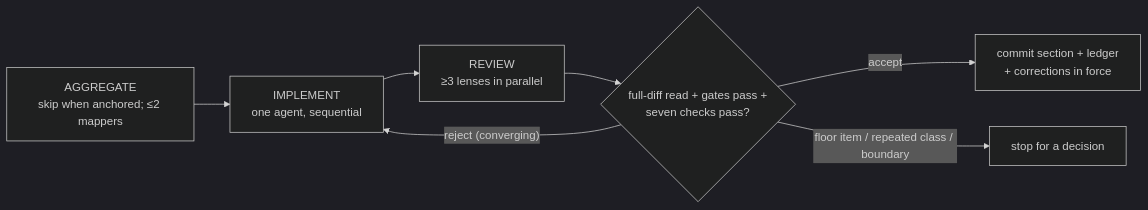
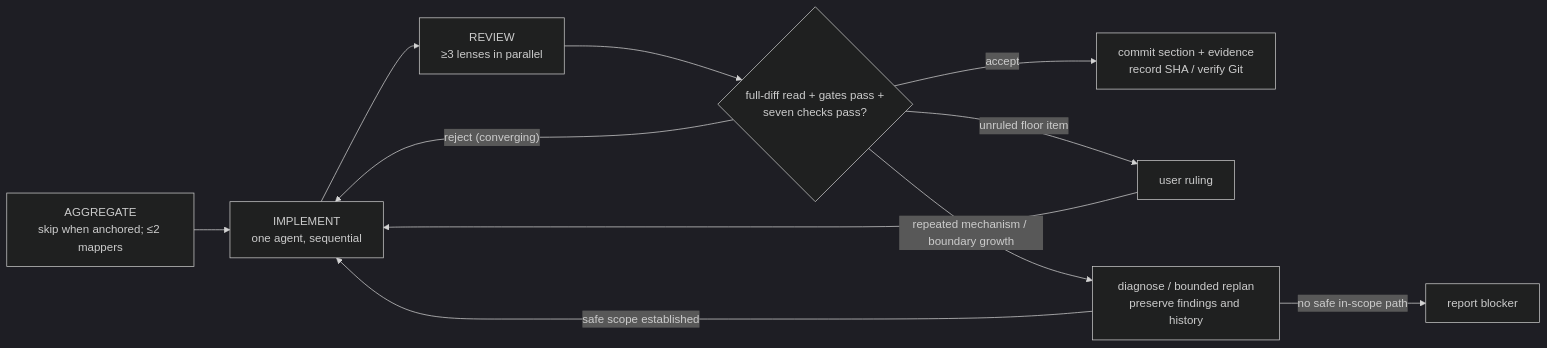
The first of 2 diagrams in skills/goal-driven-implementation/assets/plan-template.md (carboni123/goal-driven-implementation), drawn with Mermaid (dark theme) before and after one commit. The commit also changed other lines of this file and 7 other files, not shown here.

First line of the commit message:
feat(validator): verify section commits against Git

````diff
--- a/skills/goal-driven-implementation/assets/plan-template.md
+++ b/skills/goal-driven-implementation/assets/plan-template.md
@@ -152,9 +158,13 @@
 ```mermaid
 flowchart LR
   AGG["AGGREGATE<br>skip when anchored; ≤2 mappers"] --> IMPL["IMPLEMENT<br>one agent, sequential"]
   IMPL --> REV["REVIEW<br>≥3 lenses in parallel"]
   REV --> GATE{"full-diff read + gates pass +<br>seven checks pass?"}
   GATE -- "reject (converging)" --> IMPL
-  GATE -- accept --> COMMIT["commit section + ledger<br>+ corrections in force"]
-  GATE -- "floor item / repeated class / boundary" --> STOP["stop for a decision"]
+  GATE -- accept --> COMMIT["commit section + evidence<br>record SHA / verify Git"]
+  GATE -- "unruled floor item" --> USER["user ruling"]
+  GATE -- "repeated mechanism / boundary growth" --> REPLAN["diagnose / bounded replan<br>preserve findings and history"]
+  USER --> IMPL
+  REPLAN -- "safe scope established" --> IMPL
+  REPLAN -- "no safe in-scope path" --> STOP["report blocker"]
 ```
````
